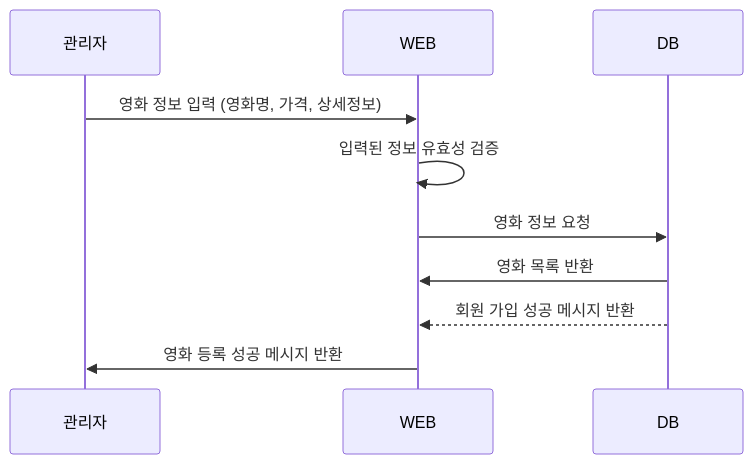
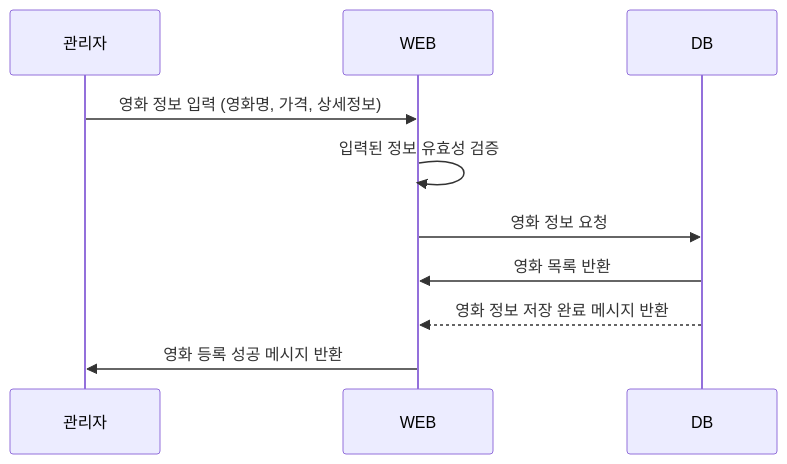
Before and after one commit to sumin2eee/NBE2_2_Team6: the second of 5 diagrams in README.md, drawn with Mermaid.

````diff
--- a/README.md
+++ b/README.md
@@ -27,13 +27,13 @@
 ```mermaid
 sequenceDiagram
     participant Admin as 관리자
     participant WebApp as WEB
     participant DB as DB
 
     Admin ->> WebApp: 영화 정보 입력 (영화명, 가격, 상세정보)
     WebApp ->> WebApp: 입력된 정보 유효성 검증
     WebApp ->> DB: 영화 정보 요청
     DB ->> WebApp: 영화 목록 반환
-    DB -->> WebApp: 회원 가입 성공 메시지 반환
+    DB -->> WebApp: 영화 정보 저장 완료 메시지 반환
     WebApp ->> Admin: 영화 등록 성공 메시지 반환
 ```
````
